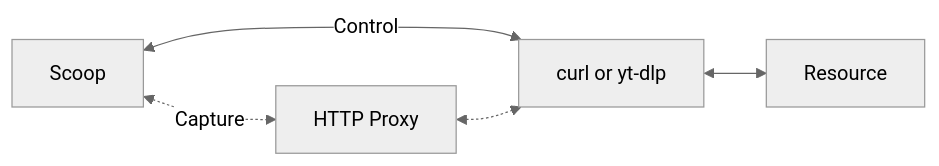
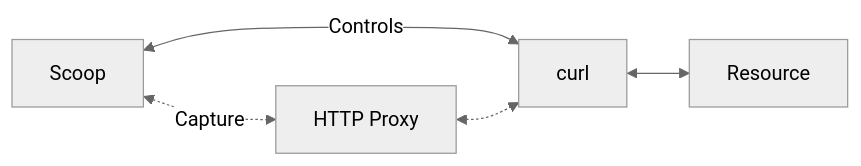
One commit to harvard-lil/scoop changed the second of 2 diagrams in README.md. Above: the diagram before and after it, drawn with Mermaid (neutral theme). The commit also changed other lines of this file, not shown here.

````diff
--- a/README.md
+++ b/README.md
@@ -307,11 +307,11 @@
 ```mermaid
 flowchart LR
     A[Scoop]
-    B[curl or yt-dlp]
+    B[curl]
     C[Resource]
     D[HTTP Proxy]
-    A <--> |Control| B
+    A <--> |Controls| B
     B <--> C
     A <-.-> |Capture| D <-.-> B
 
 ```
````
